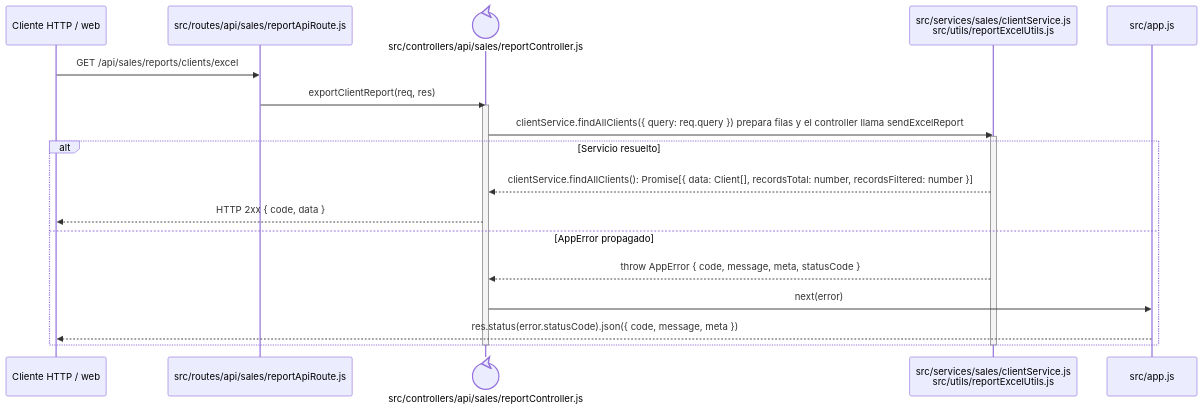
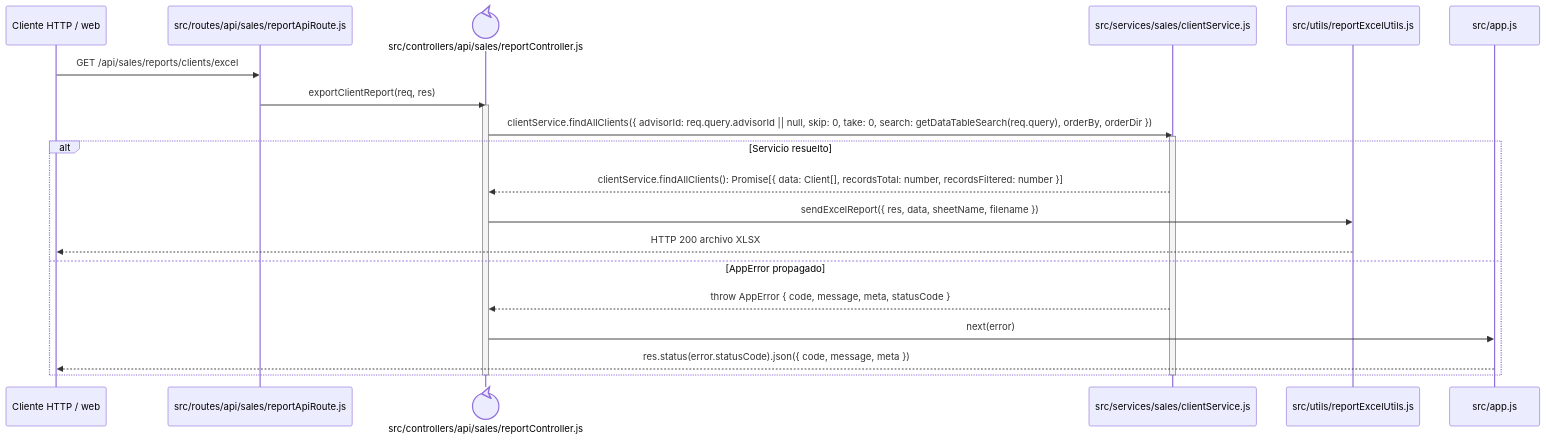
Before and after one commit to gpgsistemas01/nexus: the diagram in docs/architecture/backend-code-sequences/catalogs/cu-cat-08.md, drawn with Mermaid. The commit also changed 22 other files, not shown here.

````diff
--- a/docs/architecture/backend-code-sequences/catalogs/cu-cat-08.md
+++ b/docs/architecture/backend-code-sequences/catalogs/cu-cat-08.md
@@ -6,24 +6,26 @@
 ```mermaid
 sequenceDiagram
     participant Client as Cliente HTTP / web
     participant Route as src/routes/api/sales/reportApiRoute.js
     participant Controller@{ "type": "control" } as src/controllers/api/sales/reportController.js
-    participant Domain as src/services/sales/clientService.js<br/>src/utils/reportExcelUtils.js
+    participant Query as src/services/sales/clientService.js
+    participant Excel as src/utils/reportExcelUtils.js
     participant ErrorHandler as src/app.js
 
     Client->>Route: GET /api/sales/reports/clients/excel
     Route->>Controller: exportClientReport(req, res)
     activate Controller
-    Controller->>Domain: clientService.findAllClients({ query: req.query }) prepara filas y el controller llama sendExcelReport
-    activate Domain
+    Controller->>Query: clientService.findAllClients({ advisorId: req.query.advisorId || null, skip: 0, take: 0, search: getDataTableSearch(req.query), orderBy, orderDir })
+    activate Query
     alt Servicio resuelto
-        Domain-->>Controller: clientService.findAllClients(): Promise[{ data: Client[], recordsTotal: number, recordsFiltered: number }]
-        Controller-->>Client: HTTP 2xx { code, data }
+        Query-->>Controller: clientService.findAllClients(): Promise[{ data: Client[], recordsTotal: number, recordsFiltered: number }]
+        Controller->>Excel: sendExcelReport({ res, data, sheetName, filename })
+        Excel-->>Client: HTTP 200 archivo XLSX
     else AppError propagado
-        Domain-->>Controller: throw AppError { code, message, meta, statusCode }
+        Query-->>Controller: throw AppError { code, message, meta, statusCode }
         Controller->>ErrorHandler: next(error)
         ErrorHandler-->>Client: res.status(error.statusCode).json({ code, message, meta })
     end
-    deactivate Domain
+    deactivate Query
     deactivate Controller
 ```
````
